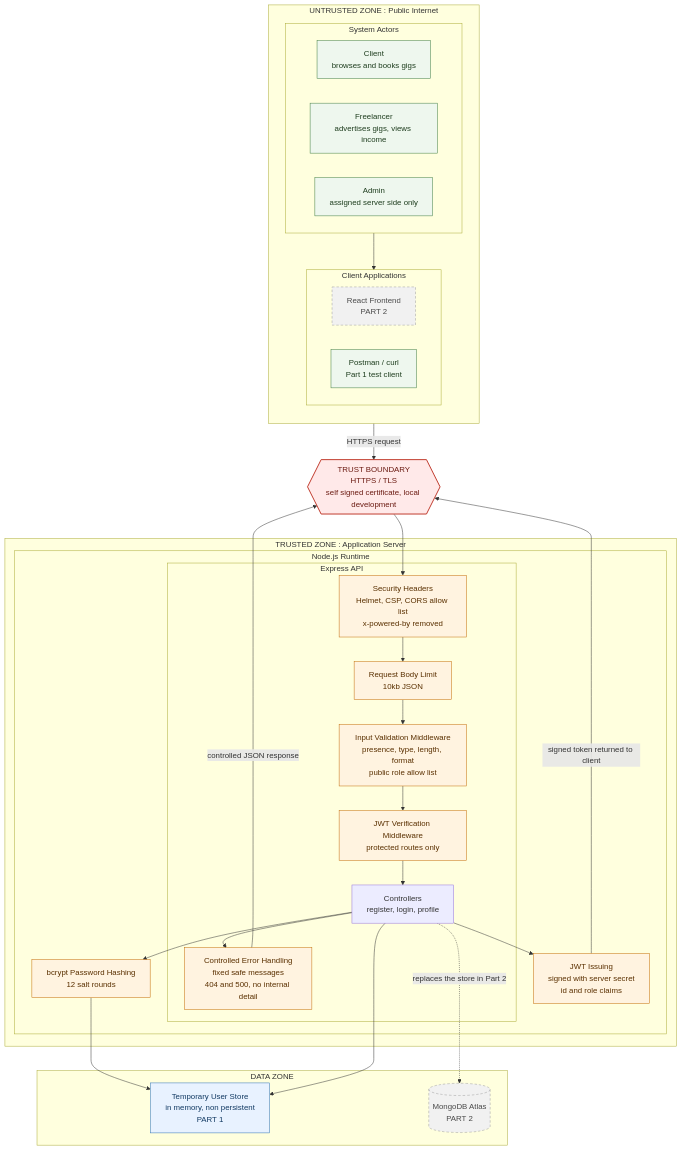
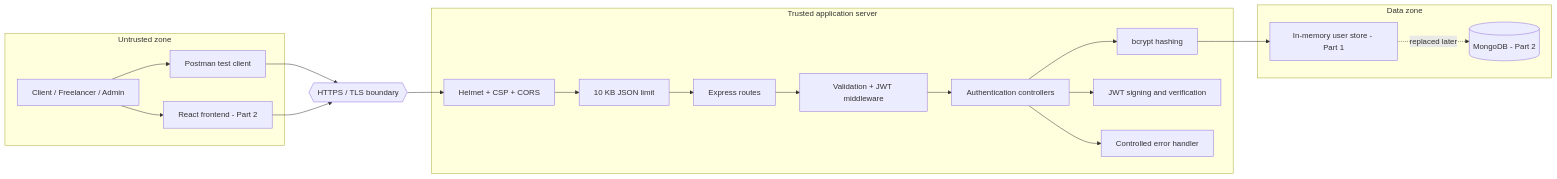
The diagram in README.md (ST10437403-JamesMaherry/HustleHub-Plus), drawn with Mermaid before and after one commit. The commit also changed other lines of this file and 4 other files, not shown here.

````diff
--- a/README.md
+++ b/README.md
@@ -54,68 +11,35 @@
 ```mermaid
-flowchart TB
-
-    subgraph UNTRUSTED["UNTRUSTED ZONE : Public Internet"]
-        direction TB
-
-        subgraph ACTORS["System Actors"]
-            CLIENT["Client<br/>browses and books gigs"]
-            FREELANCER["Freelancer<br/>advertises gigs, views income"]
-            ADMIN["Admin<br/>assigned server side only"]
-        end
-
-        subgraph CLIENTS["Client Applications"]
-            REACT["React Frontend<br/>PART 2"]
-            TOOLS["Postman / curl<br/>Part 1 test client"]
-        end
+flowchart LR
+    subgraph U["Untrusted zone"]
+        USERS["Client / Freelancer / Admin"]
+        POSTMAN["Postman test client"]
+        REACT["React frontend - Part 2"]
     end
 
-    TLS{{"TRUST BOUNDARY<br/>HTTPS / TLS<br/>self signed certificate, local development"}}
+    TLS{{"HTTPS / TLS boundary"}}
 
-    subgraph TRUSTED["TRUSTED ZONE : Application Server"]
-        subgraph RUNTIME["Node.js Runtime"]
-            subgraph API["Express API"]
-                HEADERS["Security Headers<br/>Helmet, CSP, CORS allow list<br/>x-powered-by removed"]
-                LIMIT["Request Body Limit<br/>10kb JSON"]
-                VALIDATE["Input Validation Middleware<br/>presence, type, length, format<br/>public role allow list"]
-                JWTMW["JWT Verification Middleware<br/>protected routes only"]
-                CTRL["Controllers<br/>register, login, profile"]
-                ERRORS["Controlled Error Handling<br/>fixed safe messages<br/>404 and 500, no internal detail"]
-            end
-            BCRYPT["bcrypt Password Hashing<br/>12 salt rounds"]
-            JWTGEN["JWT Issuing<br/>signed with server secret<br/>id and role claims"]
-        end
+    subgraph A["Trusted application server"]
+        SEC["Helmet + CSP + CORS"]
+        BODY["10 KB JSON limit"]
+        ROUTES["Express routes"]
+        VALIDATE["Validation + JWT middleware"]
+        CTRL["Authentication controllers"]
+        BCRYPT["bcrypt hashing"]
+        JWT["JWT signing and verification"]
+        ERR["Controlled error handler"]
     end
 
-    subgraph DATA["DATA ZONE"]
-        STORE["Temporary User Store<br/>in memory, non persistent<br/>PART 1"]
-        MONGO[("MongoDB Atlas<br/>PART 2")]
+    subgraph D["Data zone"]
+        MEMORY["In-memory user store - Part 1"]
+        MONGO[("MongoDB - Part 2")]
     end
 
-    ACTORS --> CLIENTS
-    CLIENTS -->|"HTTPS request"| TLS
-    TLS --> HEADERS
-    HEADERS --> LIMIT
-    LIMIT --> VALIDATE
-    VALIDATE --> JWTMW
-    JWTMW --> CTRL
-    CTRL --> BCRYPT
-    CTRL --> JWTGEN
-    BCRYPT --> STORE
-    CTRL --> STORE
-    CTRL -.->|"replaces the store in Part 2"| MONGO
-    CTRL --> ERRORS
-    ERRORS -->|"controlled JSON response"| TLS
-    JWTGEN -->|"signed token returned to client"| TLS
-
-    classDef future fill:#f1f1f1,stroke:#9a9a9a,stroke-width:1px,stroke-dasharray:5 4,color:#4a4a4a
-    classDef security fill:#fff3e0,stroke:#c26a00,stroke-width:1px,color:#5a3000
-    classDef boundary fill:#ffe9e9,stroke:#c0392b,stroke-width:2px,color:#6b1b12
-    classDef store fill:#e8f2ff,stroke:#2a6fb5,stroke-width:1px,color:#123a63
-    classDef actor fill:#eef7ee,stroke:#3d7a3d,stroke-width:1px,color:#1e3d1e
-
-    class REACT,MONGO future
-    class HEADERS,LIMIT,VALIDATE,JWTMW,ERRORS,BCRYPT,JWTGEN security
-    class TLS boundary
-    class STORE store
-    class CLIENT,FREELANCER,ADMIN,TOOLS actor
+    USERS --> POSTMAN
+    USERS --> REACT
+    POSTMAN --> TLS --> SEC --> BODY --> ROUTES --> VALIDATE --> CTRL
+    REACT --> TLS
+    CTRL --> BCRYPT --> MEMORY
+    CTRL --> JWT
+    CTRL --> ERR
+    MEMORY -.->|"replaced later"| MONGO
 ```
````
